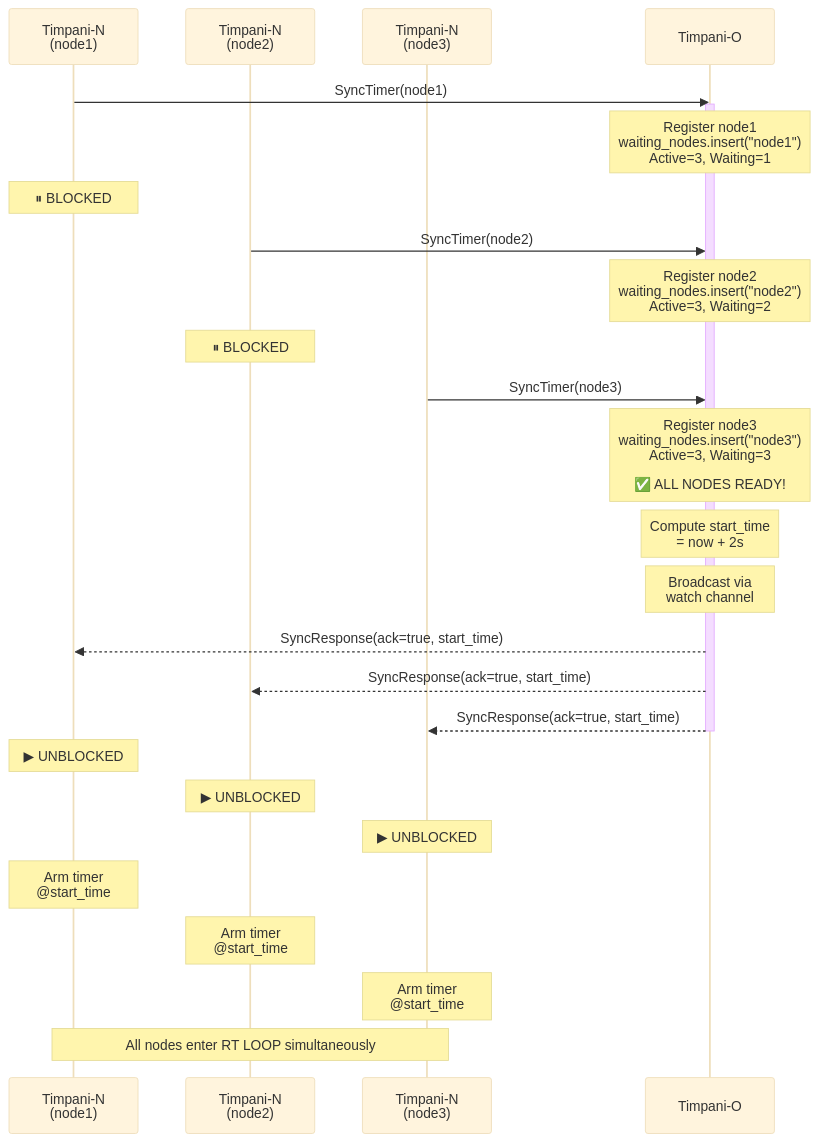
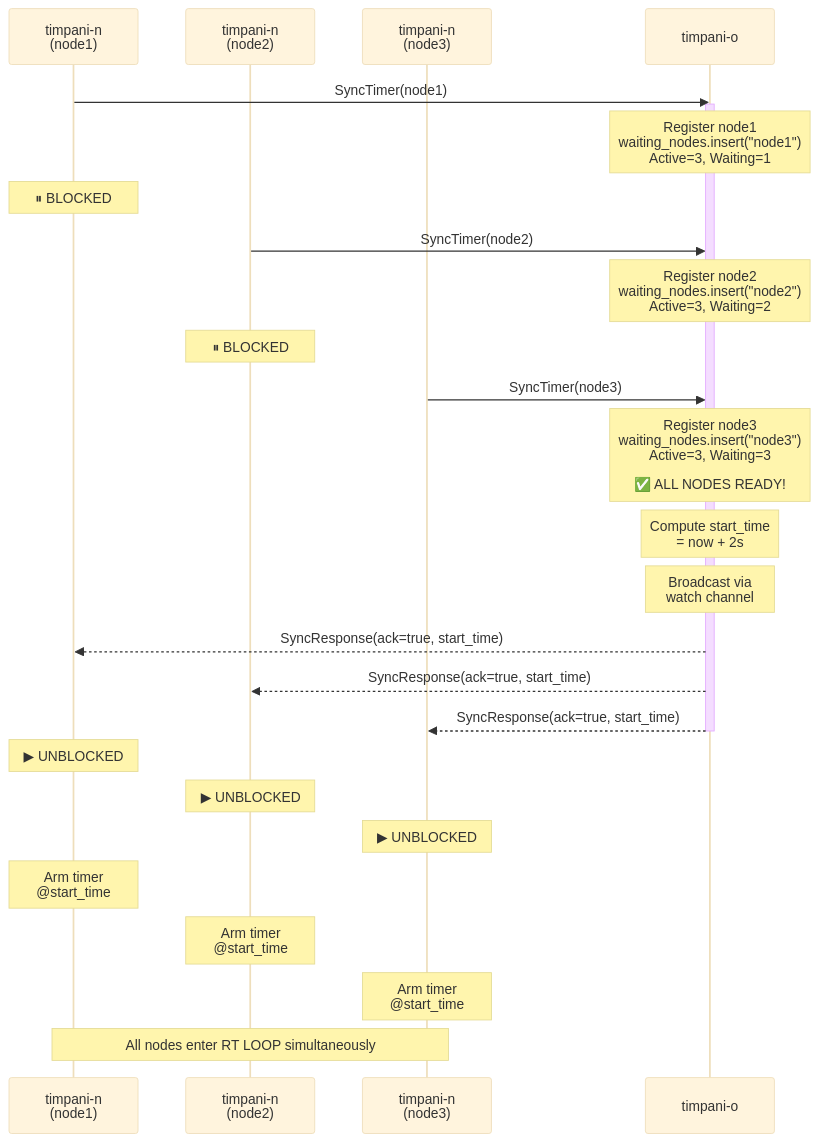
Before and after one commit to akshaylg0314/timpani-akshay: the seventh of 9 diagrams in doc/architecture/grpc_architecture.md, drawn with Mermaid (base theme). The commit also changed other lines of this file and 4 other files, not shown here.

Commit message:
docs: update documentation to standardize phases to steps in development and migration roadmaps

````diff
--- a/doc/architecture/grpc_architecture.md
+++ b/doc/architecture/grpc_architecture.md
@@ -329,37 +325,37 @@
 ```mermaid
 sequenceDiagram
-    participant Node1 as Timpani-N<br/>(node1)
-    participant Node2 as Timpani-N<br/>(node2)
-    participant Node3 as Timpani-N<br/>(node3)
-    participant TimpaniO as Timpani-O
+    participant Node1 as timpani-n<br/>(node1)
+    participant Node2 as timpani-n<br/>(node2)
+    participant Node3 as timpani-n<br/>(node3)
+    participant TimpaniO as timpani-o
 
     Node1->>TimpaniO: SyncTimer(node1)
     activate TimpaniO
     Note over TimpaniO: Register node1<br/>waiting_nodes.insert("node1")<br/>Active=3, Waiting=1
     Note over Node1: ⏸ BLOCKED
 
     Node2->>TimpaniO: SyncTimer(node2)
     Note over TimpaniO: Register node2<br/>waiting_nodes.insert("node2")<br/>Active=3, Waiting=2
     Note over Node2: ⏸ BLOCKED
 
     Node3->>TimpaniO: SyncTimer(node3)
     Note over TimpaniO: Register node3<br/>waiting_nodes.insert("node3")<br/>Active=3, Waiting=3<br/><br/>✅ ALL NODES READY!
 
     Note over TimpaniO: Compute start_time<br/>= now + 2s
     Note over TimpaniO: Broadcast via<br/>watch channel
 
     TimpaniO-->>Node1: SyncResponse(ack=true, start_time)
     TimpaniO-->>Node2: SyncResponse(ack=true, start_time)
     TimpaniO-->>Node3: SyncResponse(ack=true, start_time)
     deactivate TimpaniO
 
     Note over Node1: ▶ UNBLOCKED
     Note over Node2: ▶ UNBLOCKED
     Note over Node3: ▶ UNBLOCKED
 
     Note over Node1: Arm timer<br/>@start_time
     Note over Node2: Arm timer<br/>@start_time
     Note over Node3: Arm timer<br/>@start_time
 
     Note over Node1,Node3: All nodes enter RT LOOP simultaneously
 ```
````
